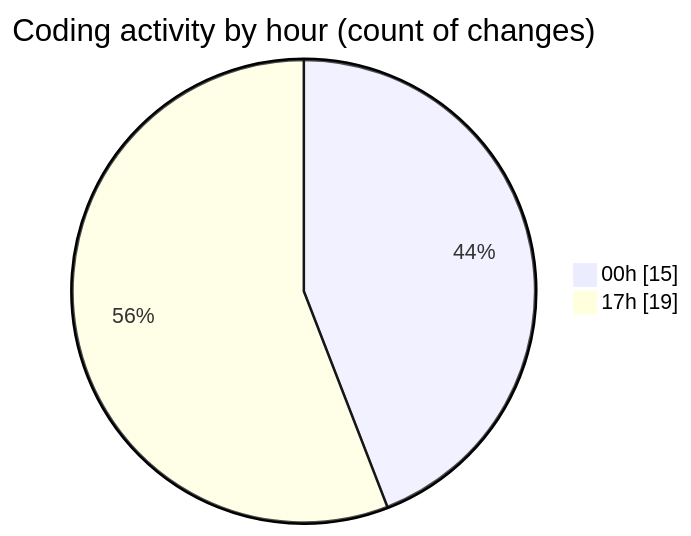
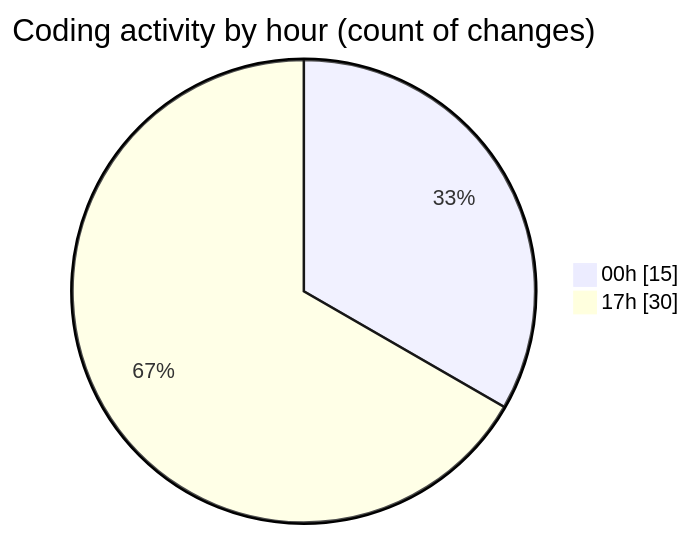
The second of 2 diagrams in 2025-04-06/echo/README.md (Netris89/code-tracking), drawn with Mermaid before and after one commit. The commit also changed other lines of this file and 1 other file, not shown here.

````diff
--- a/2025-04-06/echo/README.md
+++ b/2025-04-06/echo/README.md
@@ -37,6 +37,6 @@
 ```mermaid
 pie showData
 title Coding activity by hour (count of changes)
 "00h" : 15
-"17h" : 19
+"17h" : 30
 ```
````
